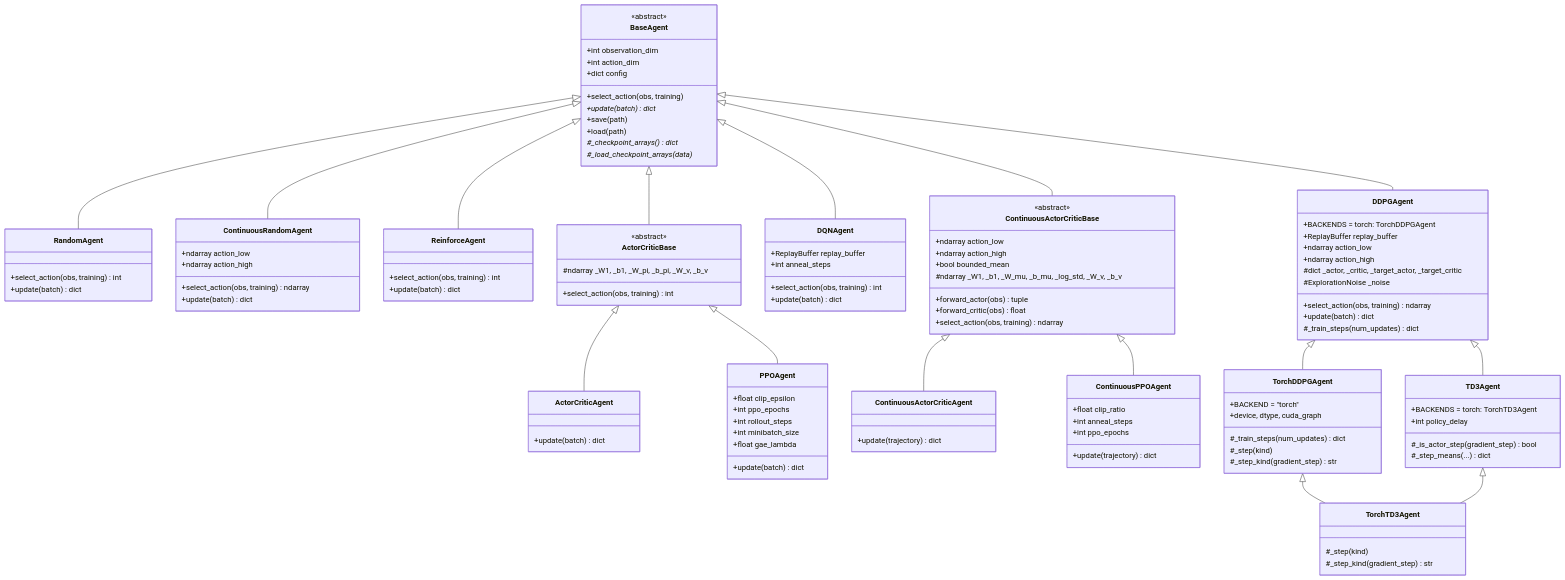
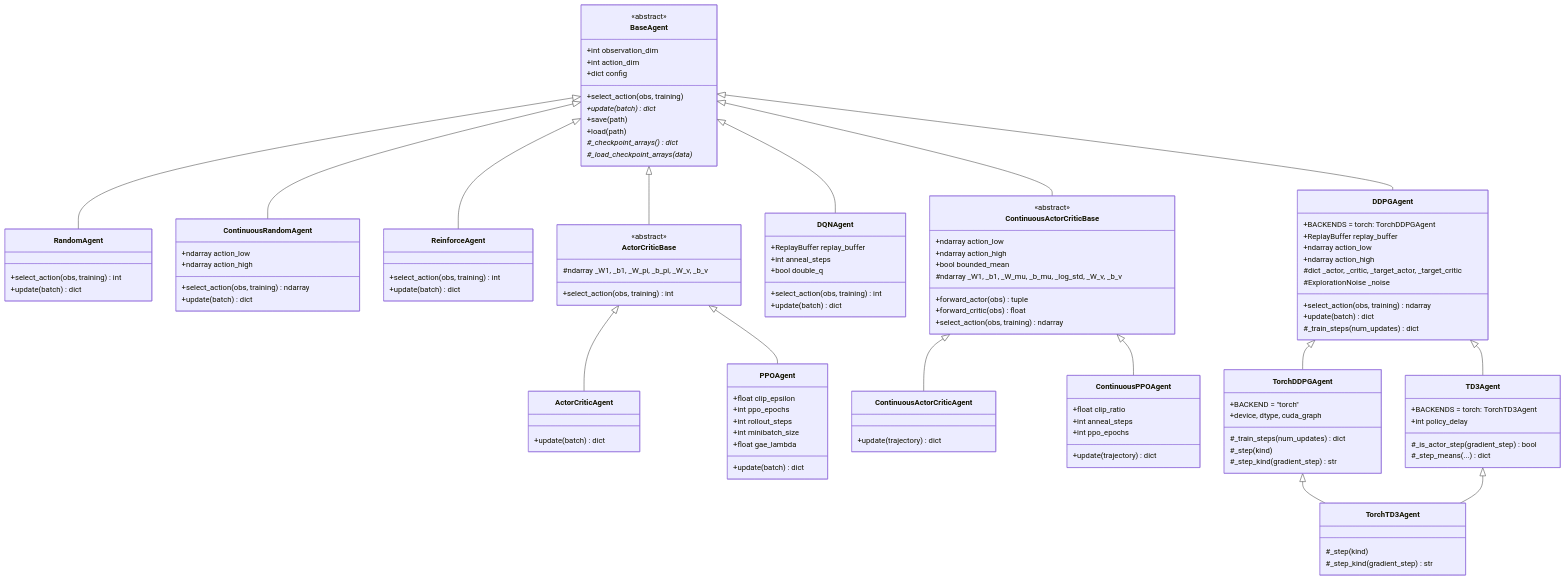
Before and after one commit to andreijw/AI: the second of 3 diagrams in ARCHITECTURE.md, drawn with Mermaid. The commit also changed 13 other files, not shown here.

```diff
--- a/ARCHITECTURE.md
+++ b/ARCHITECTURE.md
@@ -205,6 +205,7 @@
     class DQNAgent {
         +ReplayBuffer replay_buffer
         +int anneal_steps
+        +bool double_q
         +select_action(obs, training) int
         +update(batch) dict
     }
```
